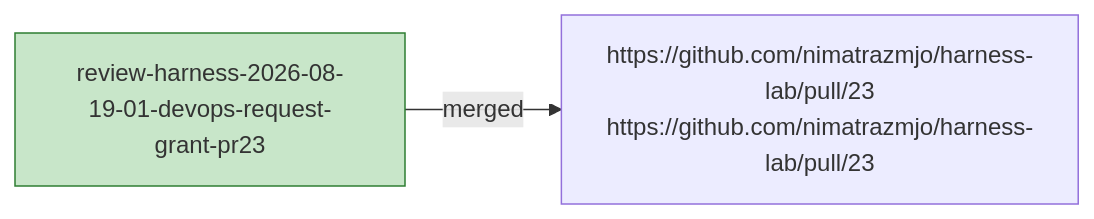
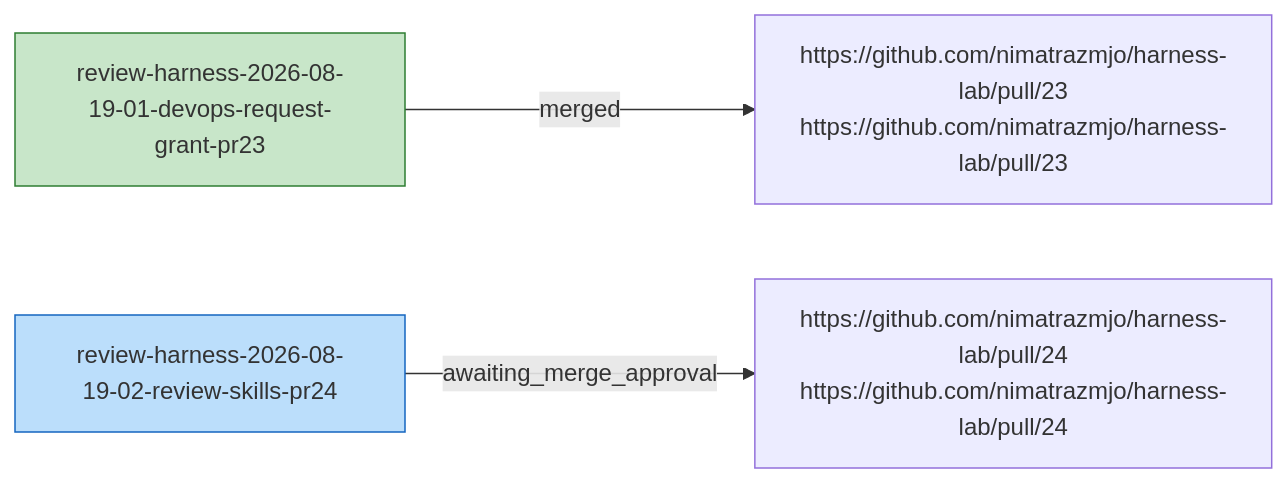
One commit to nimatrazmjo/harness-lab changed the diagram in .claude/skills/review-harness/graph.md. Above: the diagram before and after it, drawn with Mermaid. The commit also changed other lines of this file and 1 other file, not shown here.

Commit message:
docs: log PR #24's own review cycle in review-harness/feature-list.json
review-harness's scope explicitly covers .claude/skills/** -- PR #24
is exactly that, so this records the skill reviewing the PR that
created it, same dogfooding precedent as the retroactive PR #23 entry.

````diff
--- a/.claude/skills/review-harness/graph.md
+++ b/.claude/skills/review-harness/graph.md
@@ -7,7 +7,11 @@
 ```mermaid
 flowchart LR
     n_review_harness_2026_08_19_01_devops_request_grant_pr23["review-harness-2026-08-19-01-devops-request-grant-pr23"]
     n_ext_https___github_com_nimatrazmjo_harness_lab_pull_23["https://github.com/nimatrazmjo/harness-lab/pull/23<br/>https://github.com/nimatrazmjo/harness-lab/pull/23"]
     n_review_harness_2026_08_19_01_devops_request_grant_pr23 -- "merged" --> n_ext_https___github_com_nimatrazmjo_harness_lab_pull_23
+    n_review_harness_2026_08_19_02_review_skills_pr24["review-harness-2026-08-19-02-review-skills-pr24"]
+    n_ext_https___github_com_nimatrazmjo_harness_lab_pull_24["https://github.com/nimatrazmjo/harness-lab/pull/24<br/>https://github.com/nimatrazmjo/harness-lab/pull/24"]
+    n_review_harness_2026_08_19_02_review_skills_pr24 -- "awaiting_merge_approval" --> n_ext_https___github_com_nimatrazmjo_harness_lab_pull_24
     style n_review_harness_2026_08_19_01_devops_request_grant_pr23 fill:#c8e6c9,stroke:#2e7d32
+    style n_review_harness_2026_08_19_02_review_skills_pr24 fill:#bbdefb,stroke:#1565c0
 ```
````
